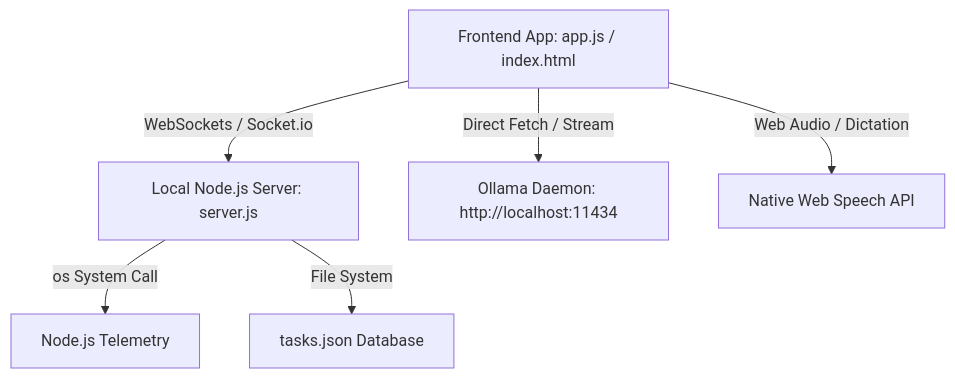
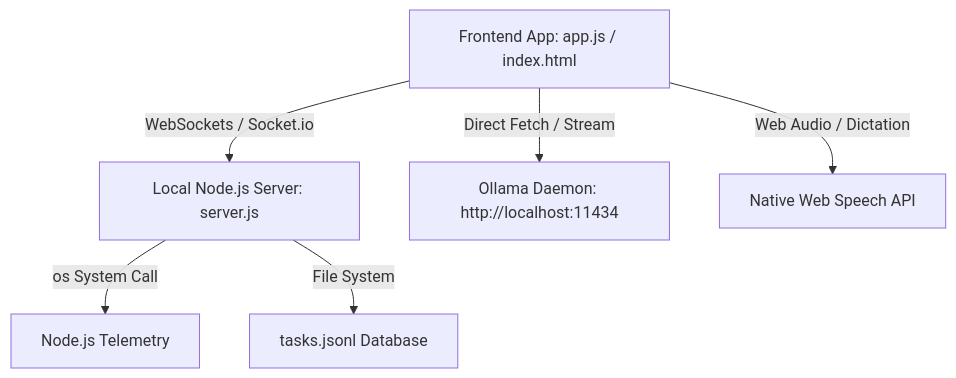
Before and after one commit to Vado42-chris/xi-io-Rabbit_mod: the diagram in README.md, drawn with Mermaid. The commit also changed 1 other file, not shown here.

Commit message:
docs(rebrand): update tasks.json references to tasks.jsonl in README and architecture alignment specs

````diff
--- a/README.md
+++ b/README.md
@@ -32,8 +32,8 @@
 ```mermaid
 graph TD
     Browser[Frontend App: app.js / index.html] -->|WebSockets / Socket.io| Express[Local Node.js Server: server.js]
     Browser -->|Direct Fetch / Stream| Ollama[Ollama Daemon: http://localhost:11434]
     Express -->|os System Call| SystemStats[Node.js Telemetry]
-    Express -->|File System| TasksJSON[tasks.json Database]
+    Express -->|File System| TasksJSON[tasks.jsonl Database]
     Browser -->|Web Audio / Dictation| SpeechAPI[Native Web Speech API]
 ```
````
